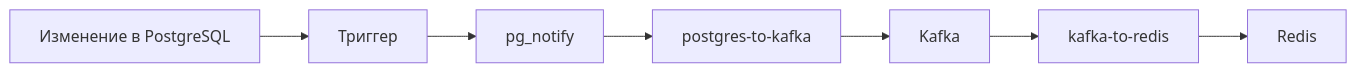
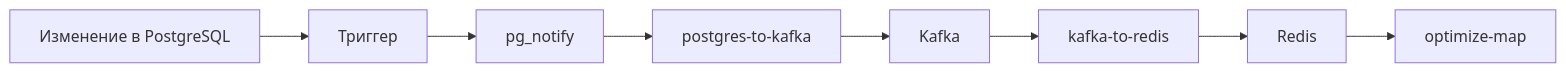
The eighth of 11 diagrams in docs/ARCHITECTURE.md (EgorZhidkov/navigator), drawn with Mermaid before and after one commit. The commit also changed other lines of this file and 1 other file, not shown here.

Commit message:
add optimize map and redis get data

````diff
--- a/docs/ARCHITECTURE.md
+++ b/docs/ARCHITECTURE.md
@@ -113,9 +171,10 @@
 ```mermaid
 graph LR
     A[Изменение в PostgreSQL] --> B[Триггер]
     B --> C[pg_notify]
     C --> D[postgres-to-kafka]
     D --> E[Kafka]
     E --> F[kafka-to-redis]
     F --> G[Redis]
+    G --> H[optimize-map]
 ```
````
